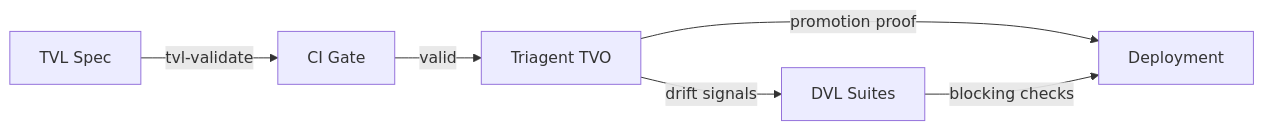
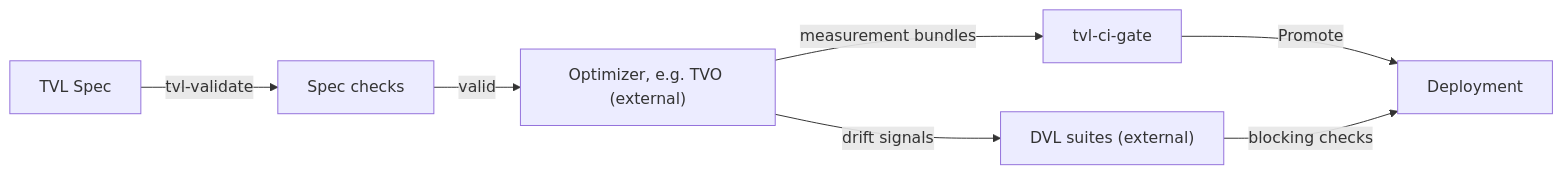
The diagram in tvl_book/website_content/book/chapter-05-integration.md (Traigent/tvl), drawn with Mermaid before and after one commit. The commit also changed other lines of this file and 194 other files, not shown here.

````diff
--- a/tvl_book/website_content/book/chapter-05-integration.md
+++ b/tvl_book/website_content/book/chapter-05-integration.md
@@ -7,8 +11,9 @@
 ```mermaid
 flowchart LR
-    A[TVL Spec] -->|tvl-validate| B[CI Gate]
-    B -->|valid| C[Triagent TVO]
-    C -->|promotion proof| D[Deployment]
-    C -->|drift signals| E[DVL Suites]
+    A[TVL Spec] -->|tvl-validate| B[Spec checks]
+    B -->|valid| C["Optimizer, e.g. TVO (external)"]
+    C -->|measurement bundles| G[tvl-ci-gate]
+    G -->|Promote| D[Deployment]
+    C -->|drift signals| E["DVL suites (external)"]
     E -->|blocking checks| D
 ```
````
